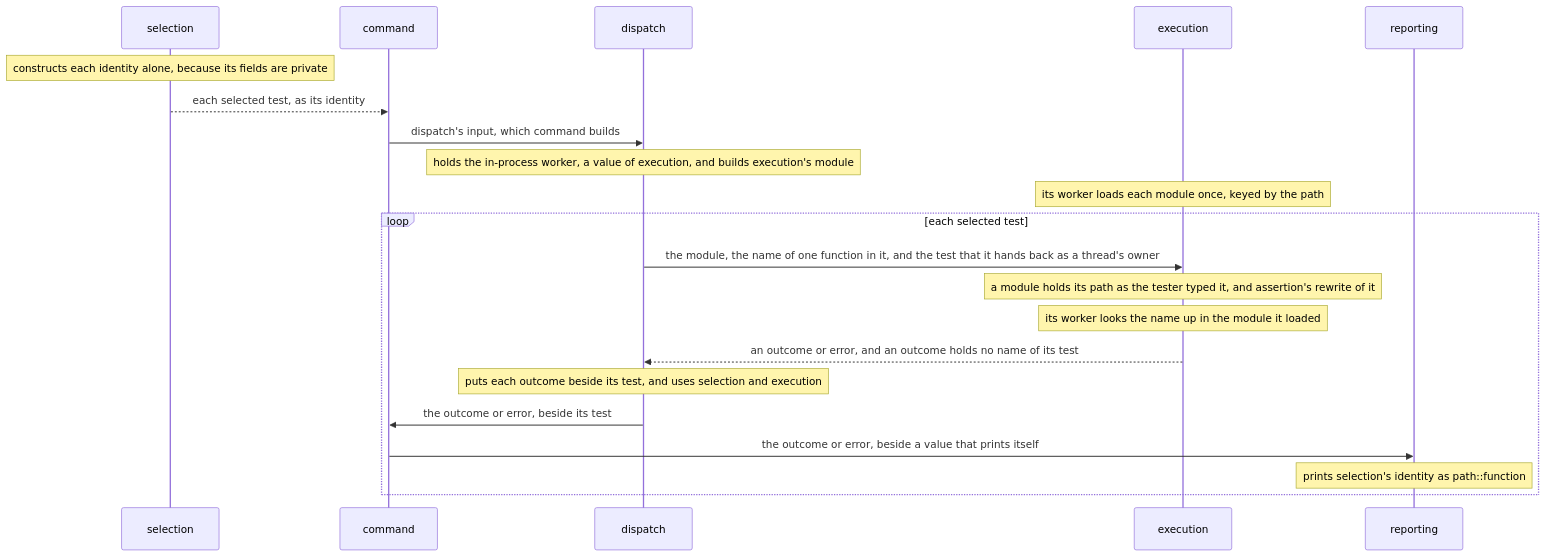
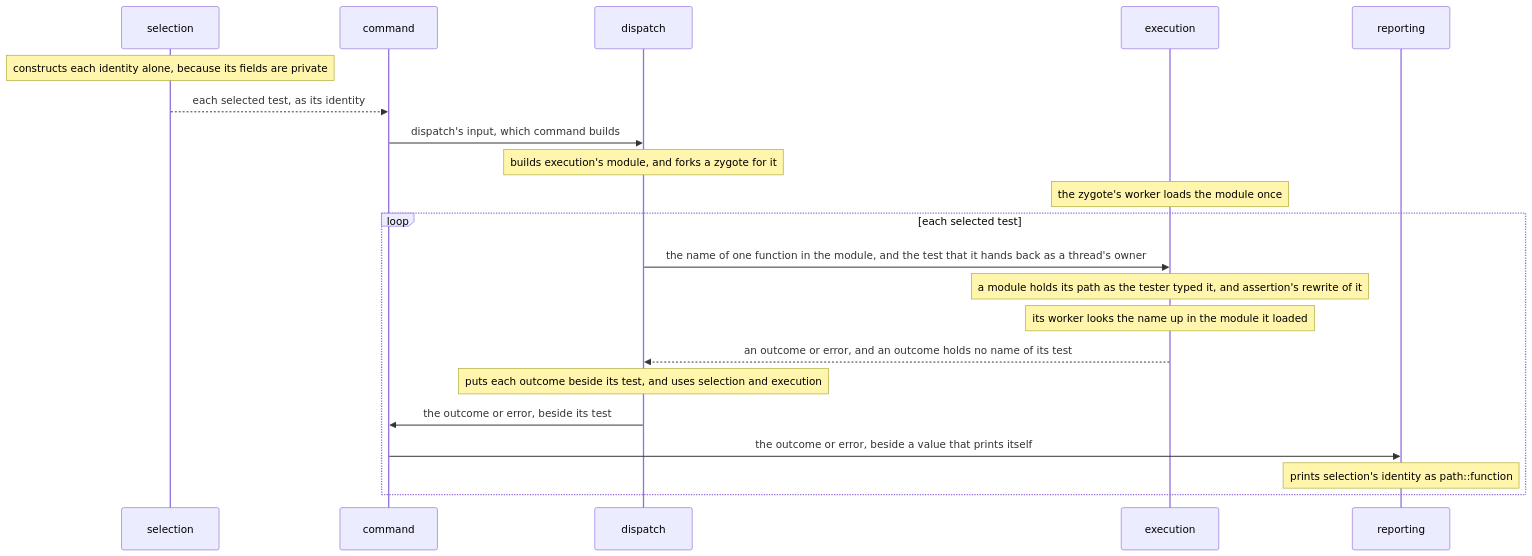
Before and after one commit to kalonji-tools/purba: the diagram in docs/decisions/execution-calls-a-test-by-its-functions-name.md, drawn with Mermaid. The commit also changed other lines of this file and 12 other files, not shown here.

First line of the commit message:
docs(decisions): run each test in a process that a zygote forks (#694)

````diff
--- a/docs/decisions/execution-calls-a-test-by-its-functions-name.md
+++ b/docs/decisions/execution-calls-a-test-by-its-functions-name.md
@@ -32,23 +32,23 @@
 ```mermaid
 sequenceDiagram
   participant selection
   participant command
   participant dispatch
   participant execution
   participant reporting
   Note over selection: constructs each identity alone, because its fields are private
   selection-->>command: each selected test, as its identity
   command->>dispatch: dispatch's input, which command builds
-  Note over dispatch: holds the in-process worker, a value of execution, and builds execution's module
-  Note over execution: its worker loads each module once, keyed by the path
+  Note over dispatch: builds execution's module, and forks a zygote for it
+  Note over execution: the zygote's worker loads the module once
   loop each selected test
-    dispatch->>execution: the module, the name of one function in it, and the test that it hands back as a thread's owner
+    dispatch->>execution: the name of one function in the module, and the test that it hands back as a thread's owner
     Note over execution: a module holds its path as the tester typed it, and assertion's rewrite of it
     Note over execution: its worker looks the name up in the module it loaded
     execution-->>dispatch: an outcome or error, and an outcome holds no name of its test
     Note over dispatch: puts each outcome beside its test, and uses selection and execution
     dispatch->>command: the outcome or error, beside its test
     command->>reporting: the outcome or error, beside a value that prints itself
     Note over reporting: prints selection's identity as path::function
   end
 ```
````
